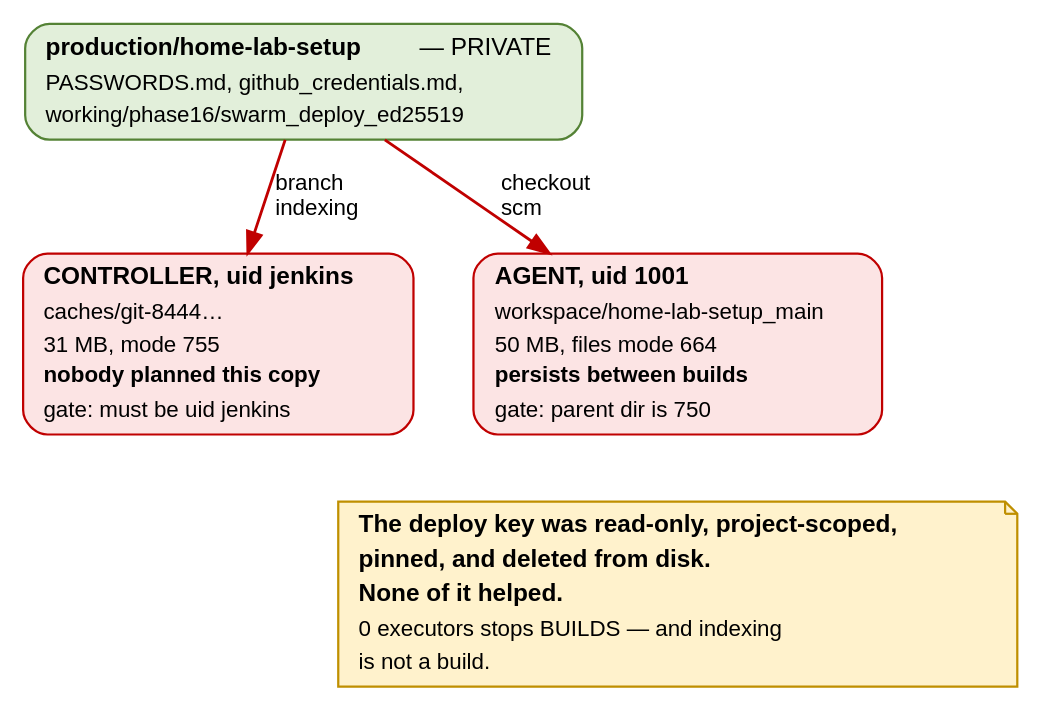
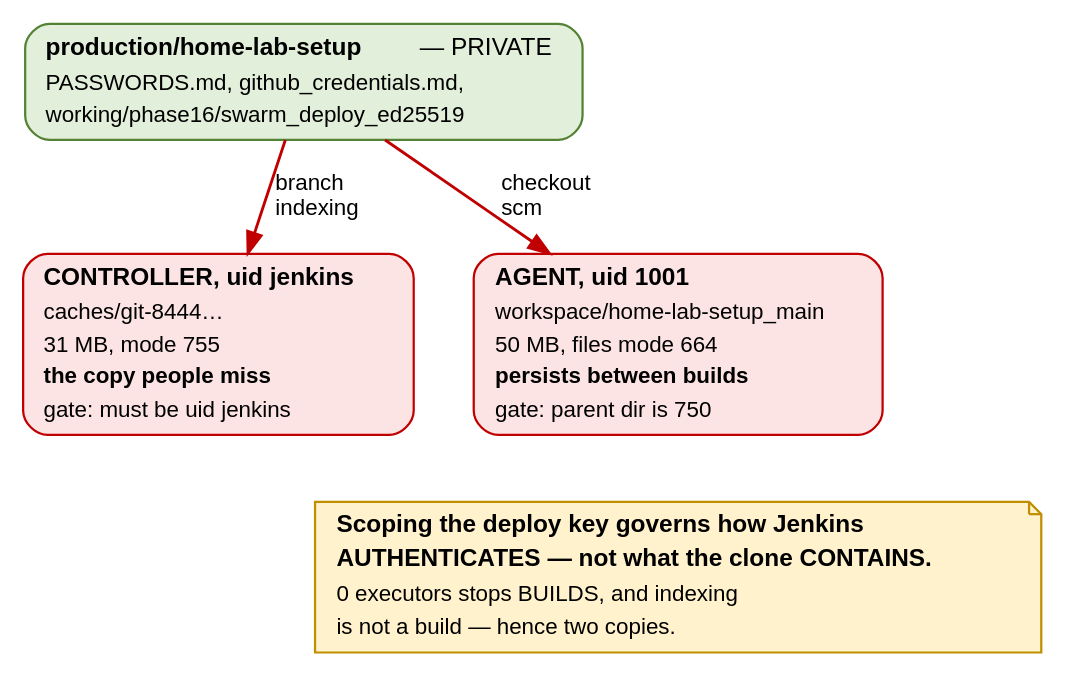
One commit to fiberoptix/home-lab-setup changed the diagram in education/jenkins/diagrams/ch03_fig2_what_checkout_left.dot. Above: the diagram before and after it, drawn with Graphviz. The commit also changed 6 other files, not shown here.

First line of the commit message:
Rewrite Jenkins Chapter 3 as a build procedure (decision A12)

```diff
--- a/education/jenkins/diagrams/ch03_fig2_what_checkout_left.dot
+++ b/education/jenkins/diagrams/ch03_fig2_what_checkout_left.dot
@@ -1,57 +1,56 @@
 // Jenkins ch03 fig2 — T5: two copies of the repo on disk, and the single directory gating each.
 // Rendered: dot -Tpng -Gdpi=150 ch03_fig2_what_checkout_left.dot -o ../images/ch03_fig2_what_checkout_left.png
 // Keep width <= 1155px at 150dpi and smallest type >= 10pt (education/tools/figcheck.py).
 //
 // Deliberately NOT a table: the point is structural — two different kinds of work, done by two
 // different UIDs, each producing a copy, each fenced by exactly one parent directory.
 // A first draft carried the gates as their own rank of nodes and came out 1366px wide; folding
 // the gate text into the two boxes removed the rank and 211px with it.
 
 digraph what_checkout_left {
     rankdir=TB;
     graph [fontname="Helvetica", fontsize=13, margin=0.12, nodesep=0.40, ranksep=0.45];
     node  [fontname="Helvetica", fontsize=12, shape=box, style="filled,rounded", penwidth=1.1];
     edge  [fontname="Helvetica", fontsize=11, penwidth=1.4];
 
     repo [fillcolor="#E2EFDA", color="#548235", label=<
 <TABLE BORDER="0" CELLBORDER="0" CELLSPACING="0" CELLPADDING="2">
 <TR><TD ALIGN="LEFT"><B>production/home-lab-setup</B> &#8212; PRIVATE</TD></TR>
 <TR><TD ALIGN="LEFT"><FONT POINT-SIZE="11">PASSWORDS.md, github_credentials.md,</FONT></TD></TR>
 <TR><TD ALIGN="LEFT"><FONT POINT-SIZE="11">working/phase16/swarm_deploy_ed25519</FONT></TD></TR>
 </TABLE>>];
 
     ctrl [fillcolor="#FCE4E4", color="#C00000", label=<
 <TABLE BORDER="0" CELLBORDER="0" CELLSPACING="0" CELLPADDING="2">
 <TR><TD ALIGN="LEFT"><B>CONTROLLER, uid jenkins</B></TD></TR>
 <TR><TD ALIGN="LEFT"><FONT POINT-SIZE="11">caches/git-8444&#8230;</FONT></TD></TR>
 <TR><TD ALIGN="LEFT"><FONT POINT-SIZE="11">31 MB, mode 755</FONT></TD></TR>
-<TR><TD ALIGN="LEFT"><B><FONT POINT-SIZE="11">nobody planned this copy</FONT></B></TD></TR>
+<TR><TD ALIGN="LEFT"><B><FONT POINT-SIZE="11">the copy people miss</FONT></B></TD></TR>
 <TR><TD ALIGN="LEFT"><FONT POINT-SIZE="11">gate: must be uid jenkins</FONT></TD></TR>
 </TABLE>>];
 
     agent [fillcolor="#FCE4E4", color="#C00000", label=<
 <TABLE BORDER="0" CELLBORDER="0" CELLSPACING="0" CELLPADDING="2">
 <TR><TD ALIGN="LEFT"><B>AGENT, uid 1001</B></TD></TR>
 <TR><TD ALIGN="LEFT"><FONT POINT-SIZE="11">workspace/home-lab-setup_main</FONT></TD></TR>
 <TR><TD ALIGN="LEFT"><FONT POINT-SIZE="11">50 MB, files mode 664</FONT></TD></TR>
 <TR><TD ALIGN="LEFT"><B><FONT POINT-SIZE="11">persists between builds</FONT></B></TD></TR>
 <TR><TD ALIGN="LEFT"><FONT POINT-SIZE="11">gate: parent dir is 750</FONT></TD></TR>
 </TABLE>>];
 
     note [shape=note, fillcolor="#FFF2CC", color="#BF8F00", label=<
 <TABLE BORDER="0" CELLBORDER="0" CELLSPACING="0" CELLPADDING="2">
-<TR><TD ALIGN="LEFT"><B>The deploy key was read-only, project-scoped,</B></TD></TR>
-<TR><TD ALIGN="LEFT"><B>pinned, and deleted from disk.</B></TD></TR>
-<TR><TD ALIGN="LEFT"><B>None of it helped.</B></TD></TR>
-<TR><TD ALIGN="LEFT"><FONT POINT-SIZE="11">0 executors stops BUILDS &#8212; and indexing</FONT></TD></TR>
-<TR><TD ALIGN="LEFT"><FONT POINT-SIZE="11">is not a build.</FONT></TD></TR>
+<TR><TD ALIGN="LEFT"><B>Scoping the deploy key governs how Jenkins</B></TD></TR>
+<TR><TD ALIGN="LEFT"><B>AUTHENTICATES &#8212; not what the clone CONTAINS.</B></TD></TR>
+<TR><TD ALIGN="LEFT"><FONT POINT-SIZE="11">0 executors stops BUILDS, and indexing</FONT></TD></TR>
+<TR><TD ALIGN="LEFT"><FONT POINT-SIZE="11">is not a build &#8212; hence two copies.</FONT></TD></TR>
 </TABLE>>];
 
     repo -> ctrl  [color="#C00000", label=" branch\l indexing\l"];
     repo -> agent [color="#C00000", label=" checkout\l scm\l"];
 
     { rank=same; ctrl; agent; }
     { rank=same; note; }
 
     agent -> note [style=invis];
 }
```
